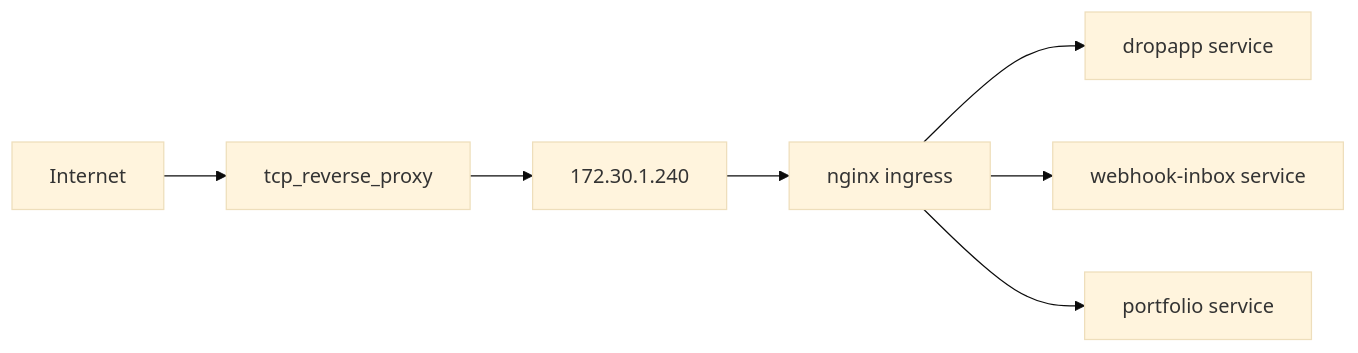
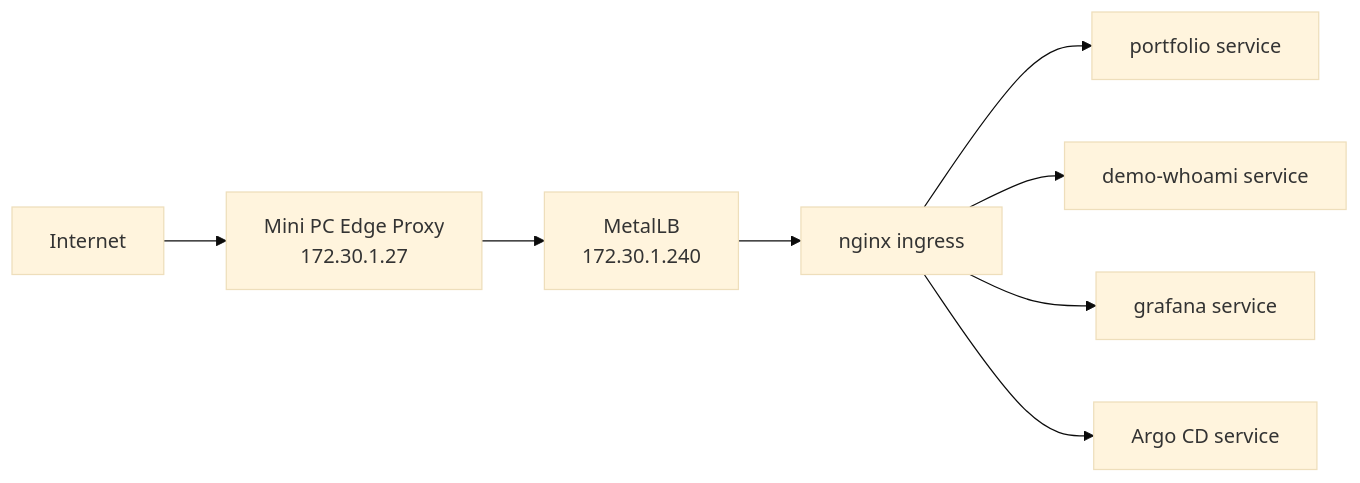
One commit to mint-cocoa/portfolio changed the third of 3 diagrams in docs/devops/DevOpsPortfolio.qmd. Above: the diagram before and after it, drawn with Mermaid (base theme). The commit also changed other lines of this file and 29 other files, not shown here.

````diff
--- a/docs/devops/DevOpsPortfolio.qmd
+++ b/docs/devops/DevOpsPortfolio.qmd
@@ -193,9 +302,10 @@
 ```{mermaid}
 flowchart LR
-    Internet --> Proxy[tcp_reverse_proxy]
-    Proxy --> MetalLB[172.30.1.240]
+    Internet --> Proxy[Mini PC Edge Proxy<br/>172.30.1.27]
+    Proxy --> MetalLB[MetalLB<br/>172.30.1.240]
     MetalLB --> Nginx[nginx ingress]
-    Nginx --> Dropapp[dropapp service]
-    Nginx --> Inbox[webhook-inbox service]
     Nginx --> Portfolio[portfolio service]
+    Nginx --> Demo[demo-whoami service]
+    Nginx --> Grafana[grafana service]
+    Nginx --> Argo[Argo CD service]
 ```
````
